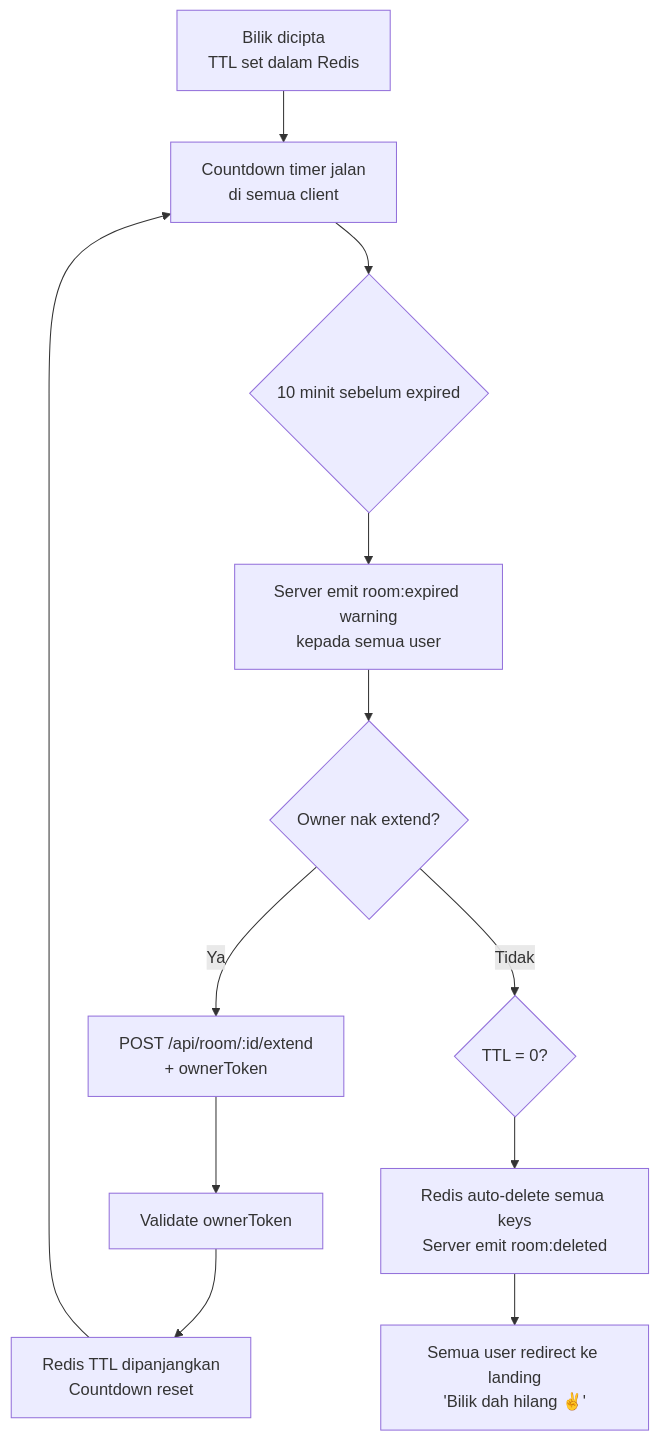
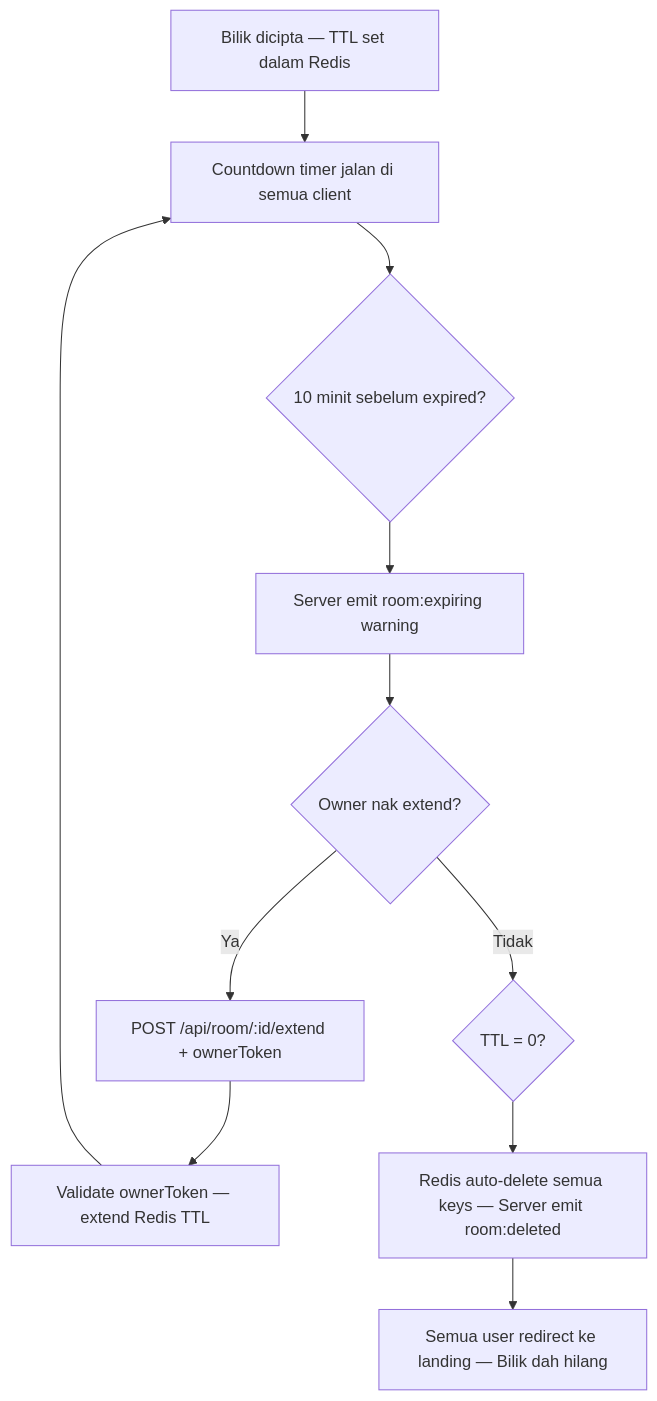
Diagram 11 of 13 in README.md (snsyaqirah/KacipLuhh), drawn with Mermaid before and after one commit. The commit also changed other lines of this file, not shown here.

````diff
--- a/README.md
+++ b/README.md
@@ -380,14 +415,13 @@
 ```mermaid
 flowchart TD
-    A["Bilik dicipta\nTTL set dalam Redis"] --> B["Countdown timer jalan\ndi semua client"]
-    B --> C{10 minit sebelum expired}
-    C --> D["Server emit room:expired warning\nkepada semua user"]
+    A["Bilik dicipta — TTL set dalam Redis"] --> B["Countdown timer jalan di semua client"]
+    B --> C{10 minit sebelum expired?}
+    C --> D["Server emit room:expiring warning"]
     D --> E{Owner nak extend?}
-    E -->|Ya| F["POST /api/room/:id/extend\n+ ownerToken"]
-    F --> G["Validate ownerToken"]
-    G --> H["Redis TTL dipanjangkan\nCountdown reset"]
-    H --> B
+    E -->|Ya| F["POST /api/room/:id/extend + ownerToken"]
+    F --> G["Validate ownerToken — extend Redis TTL"]
+    G --> B
     E -->|Tidak| I{TTL = 0?}
-    I --> J["Redis auto-delete semua keys\nServer emit room:deleted"]
-    J --> K["Semua user redirect ke landing\n'Bilik dah hilang ✌️'"]
+    I --> J["Redis auto-delete semua keys — Server emit room:deleted"]
+    J --> K["Semua user redirect ke landing — Bilik dah hilang"]
 ```
````
